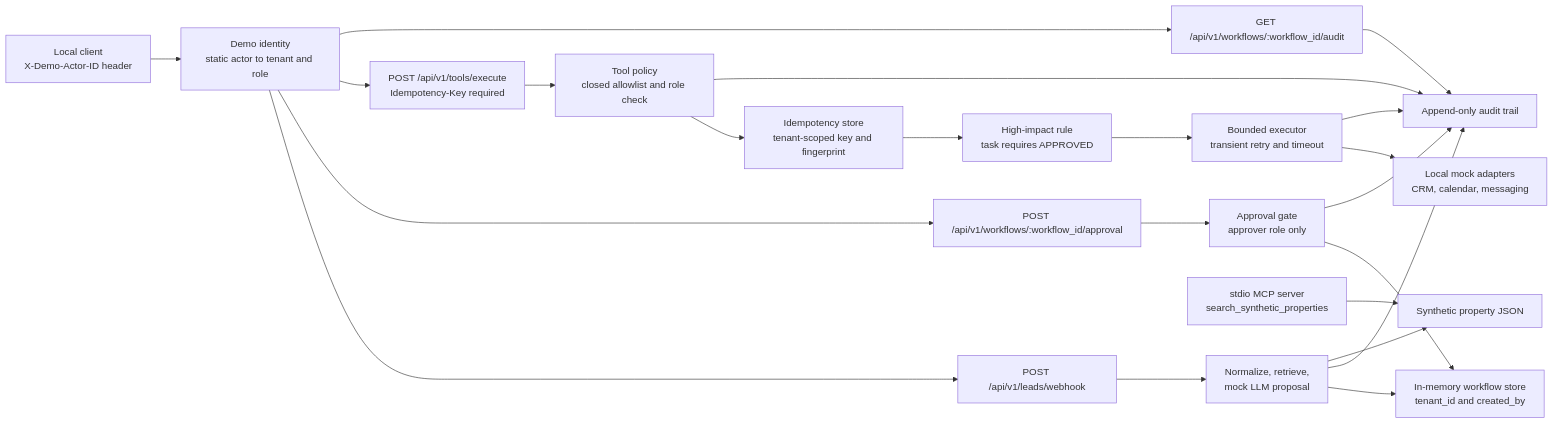
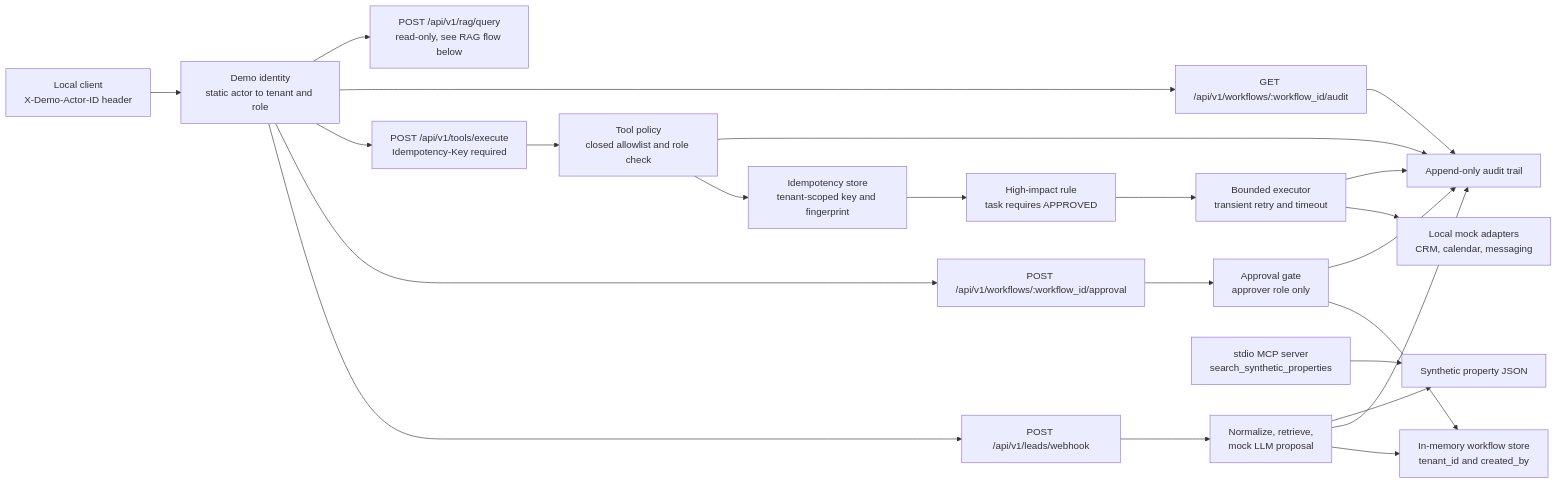
Before and after one commit to cameraphp/ai-coo-real-estate-lab: the first of 2 diagrams in README.md, drawn with Mermaid. The commit also changed other lines of this file and 38 other files, not shown here.

````diff
--- a/README.md
+++ b/README.md
@@ -38,24 +64,25 @@
 ```mermaid
 flowchart LR
     Client["Local client<br/>X-Demo-Actor-ID header"] --> Identity["Demo identity<br/>static actor to tenant and role"]
     Identity --> Webhook["POST /api/v1/leads/webhook"]
     Identity --> Approval["POST /api/v1/workflows/:workflow_id/approval"]
     Identity --> Tools["POST /api/v1/tools/execute<br/>Idempotency-Key required"]
     Identity --> AuditApi["GET /api/v1/workflows/:workflow_id/audit"]
+    Identity --> RagApi["POST /api/v1/rag/query<br/>read-only, see RAG flow below"]
     Webhook --> Pipeline["Normalize, retrieve,<br/>mock LLM proposal"]
     Pipeline --> Store["In-memory workflow store<br/>tenant_id and created_by"]
     Approval --> Gate["Approval gate<br/>approver role only"]
     Gate --> Store
     Tools --> Policy["Tool policy<br/>closed allowlist and role check"]
     Policy --> Idem["Idempotency store<br/>tenant-scoped key and fingerprint"]
     Idem --> Rule["High-impact rule<br/>task requires APPROVED"]
     Rule --> Executor["Bounded executor<br/>transient retry and timeout"]
     Executor --> Adapters["Local mock adapters<br/>CRM, calendar, messaging"]
     Pipeline --> Audit["Append-only audit trail"]
     Gate --> Audit
     Policy --> Audit
     Executor --> Audit
     AuditApi --> Audit
     MCP["stdio MCP server<br/>search_synthetic_properties"] --> Catalog["Synthetic property JSON"]
     Pipeline --> Catalog
 ```
````
